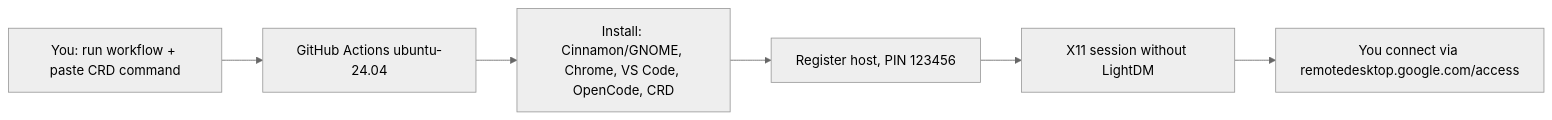
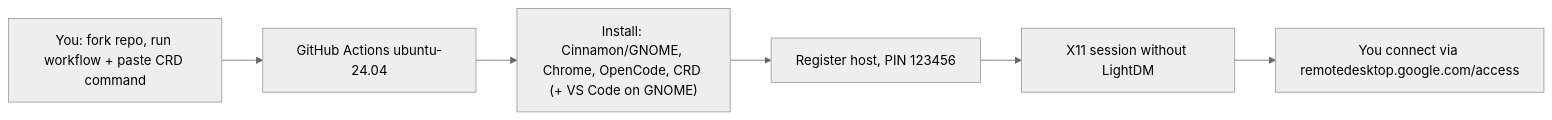
The diagram in README.md (kiraadityaa/rich-linux-crd), drawn with Mermaid (neutral theme) before and after one commit. The commit also changed other lines of this file and 1 other file, not shown here.

First line of the commit message:
Update README (EN + ID): add fork step, fix VS Code/upgrade claims, document new safe-upgrade features

````diff
--- a/README.md
+++ b/README.md
@@ -102,8 +111,8 @@
 ```mermaid
 flowchart LR
-    A["You: run workflow + paste CRD command"] --> B["GitHub Actions ubuntu-24.04"]
-    B --> C["Install: Cinnamon/GNOME, Chrome, VS Code, OpenCode, CRD"]
+    A["You: fork repo, run workflow + paste CRD command"] --> B["GitHub Actions ubuntu-24.04"]
+    B --> C["Install: Cinnamon/GNOME, Chrome, OpenCode, CRD (+ VS Code on GNOME)"]
     C --> D["Register host, PIN 123456"]
     D --> E["X11 session without LightDM"]
     E --> F["You connect via remotedesktop.google.com/access"]
 ```
````
